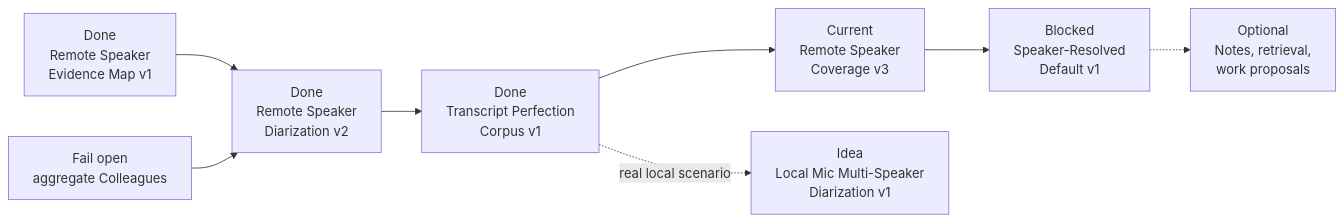
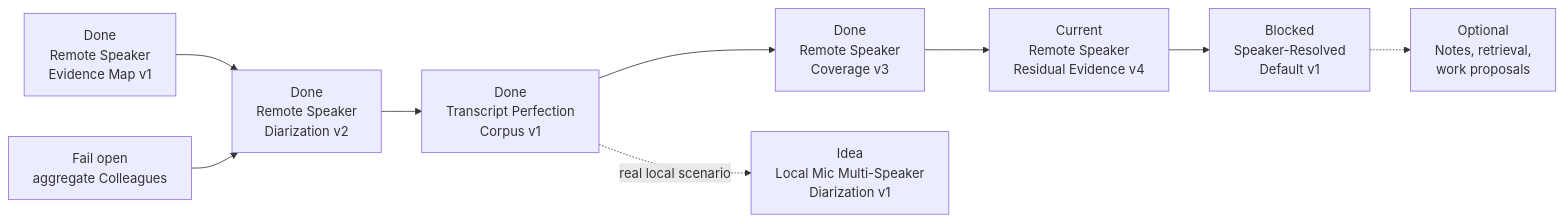
Before and after one commit to asukhodko/murmurmark: the second of 2 diagrams in docs/roadmap/murmurmark-cli-roadmap.md, drawn with Mermaid. The commit also changed other lines of this file and 27 other files, not shown here.

Commit message:
feat: improve remote speaker coverage

````diff
--- a/docs/roadmap/murmurmark-cli-roadmap.md
+++ b/docs/roadmap/murmurmark-cli-roadmap.md
@@ -78,16 +79,17 @@
 ```mermaid
 flowchart LR
     B["Done<br/>Remote Speaker<br/>Evidence Map v1"]
     D["Done<br/>Remote Speaker<br/>Diarization v2"]
     F["Fail open<br/>aggregate Colleagues"]
     P["Done<br/>Transcript Perfection<br/>Corpus v1"]
-    R["Current<br/>Remote Speaker<br/>Coverage v3"]
+    R["Done<br/>Remote Speaker<br/>Coverage v3"]
+    V["Current<br/>Remote Speaker<br/>Residual Evidence v4"]
     H["Blocked<br/>Speaker-Resolved<br/>Default v1"]
     M["Idea<br/>Local Mic Multi-Speaker<br/>Diarization v1"]
     O["Optional<br/>Notes, retrieval,<br/>work proposals"]
 
-    B --> D --> P --> R --> H
+    B --> D --> P --> R --> V --> H
     F --> D
     P -. "real local scenario" .-> M
     H -.-> O
 ```
````
